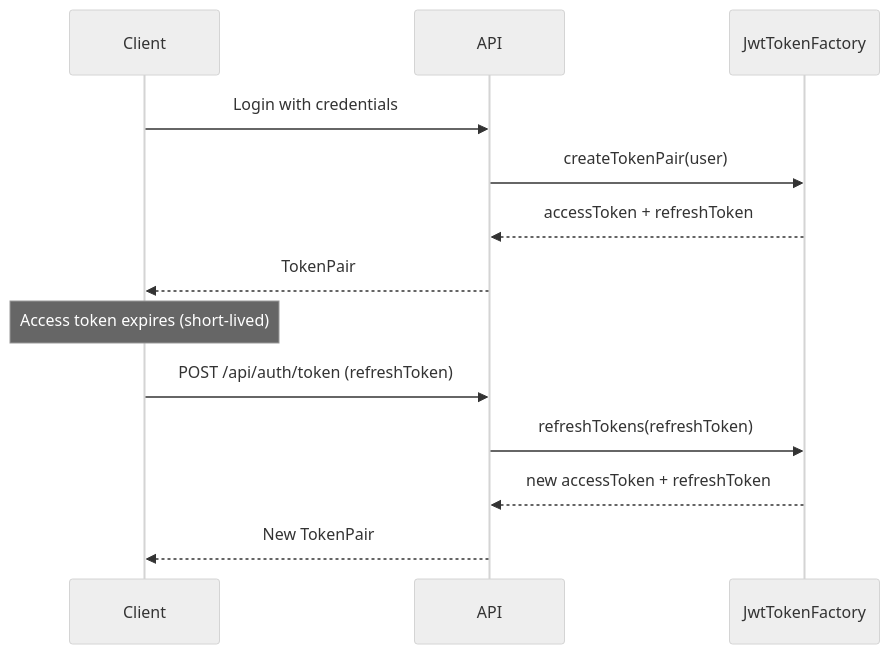
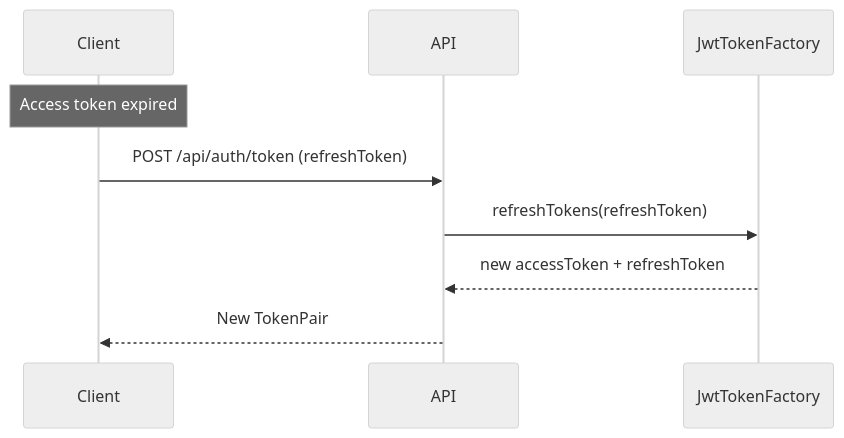
The third of 7 diagrams in spec/security-auth.md (vx-daniel/tb-ai-docs), drawn with Mermaid (neutral theme) before and after one commit. The commit also changed other lines of this file and 42 other files, not shown here.

````diff
--- a/spec/security-auth.md
+++ b/spec/security-auth.md
@@ -97,15 +85,11 @@
 ```mermaid
 sequenceDiagram
   participant Client
   participant API
   participant JWT as JwtTokenFactory
-  Client->>API: Login with credentials
-  API->>JWT: createTokenPair(user)
-  JWT-->>API: accessToken + refreshToken
-  API-->>Client: TokenPair
-  Note over Client: Access token expires (short-lived)
+  Note over Client: Access token expired
   Client->>API: POST /api/auth/token (refreshToken)
   API->>JWT: refreshTokens(refreshToken)
   JWT-->>API: new accessToken + refreshToken
   API-->>Client: New TokenPair
 ```
````
